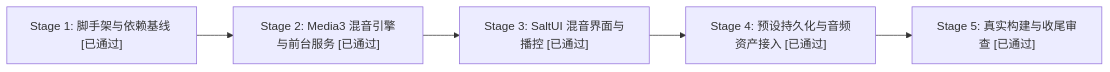
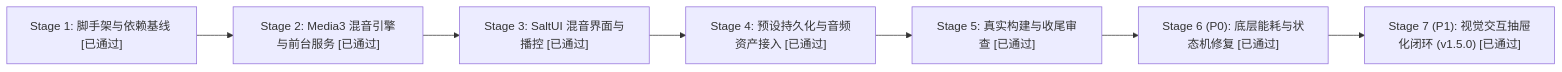
One commit to Kulahala/SaltAmbience changed the diagram in AGENTS.md. Above: the diagram before and after it, drawn with Mermaid. The commit also changed other lines of this file and 3 other files, not shown here.

````diff
--- a/AGENTS.md
+++ b/AGENTS.md
@@ -133,7 +135,9 @@
 ```mermaid
 flowchart LR
     S1["Stage 1: 脚手架与依赖基线 [已通过]"] --> S2["Stage 2: Media3 混音引擎与前台服务 [已通过]"]
     S2 --> S3["Stage 3: SaltUI 混音界面与播控 [已通过]"]
     S3 --> S4["Stage 4: 预设持久化与音频资产接入 [已通过]"]
     S4 --> S5["Stage 5: 真实构建与收尾审查 [已通过]"]
+    S5 --> S6["Stage 6 (P0): 底层能耗与状态机修复 [已通过]"]
+    S6 --> S7["Stage 7 (P1): 视觉交互抽屉化闭环 (v1.5.0) [已通过]"]
 ```
````
